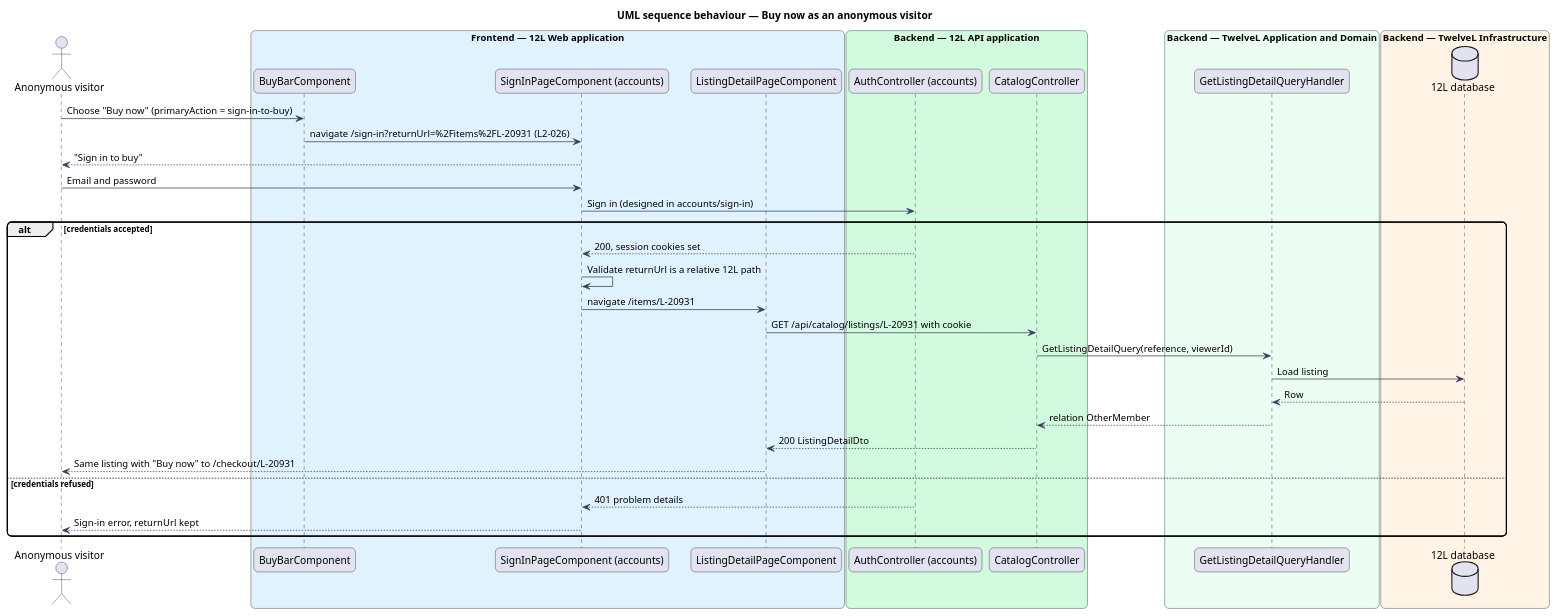
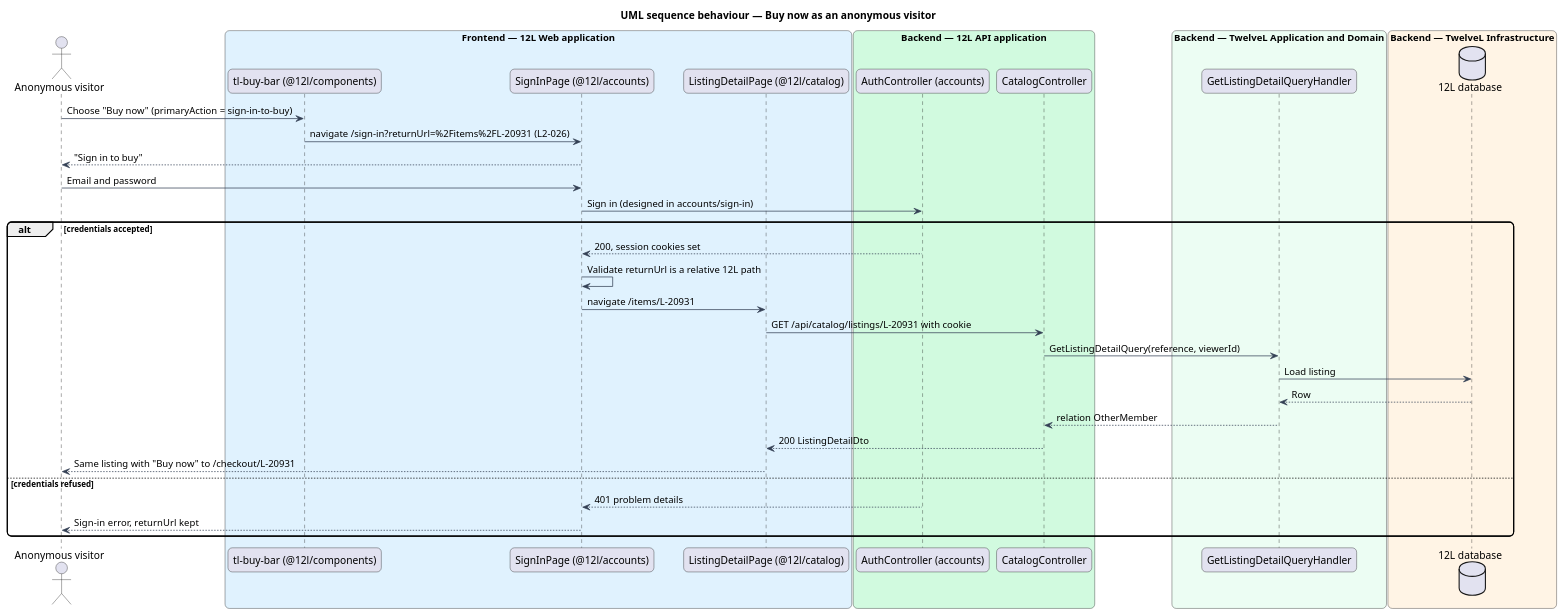
The diagram in docs/detailed-designs/catalog/view-listing-detail/diagrams/sequence-guest-buy-now.puml (QuinntyneBrown/12l), drawn with PlantUML before and after one commit. The commit also changed 57 other files, not shown here.

First line of the commit message:
Document view-listing-detail: design, ADR, design system, composition, L2, estimates

```diff
--- a/docs/detailed-designs/catalog/view-listing-detail/diagrams/sequence-guest-buy-now.puml
+++ b/docs/detailed-designs/catalog/view-listing-detail/diagrams/sequence-guest-buy-now.puml
@@ -1,44 +1,44 @@
 @startuml
 title UML sequence behaviour — Buy now as an anonymous visitor
 skinparam backgroundColor #FFFFFF
 skinparam shadowing false
 skinparam roundcorner 12
 skinparam defaultFontName Arial
 skinparam ArrowColor #344054
 actor "Anonymous visitor" as actor
 box "Frontend — 12L Web application" #E0F2FE
-  participant "BuyBarComponent" as bar
-  participant "SignInPageComponent (accounts)" as signin
-  participant "ListingDetailPageComponent" as page
+  participant "tl-buy-bar (@12l/components)" as bar
+  participant "SignInPage (@12l/accounts)" as signin
+  participant "ListingDetailPage (@12l/catalog)" as page
 end box
 box "Backend — 12L API application" #D1FADF
   participant "AuthController (accounts)" as auth
   participant "CatalogController" as controller
 end box
 box "Backend — TwelveL Application and Domain" #ECFDF3
   participant "GetListingDetailQueryHandler" as handler
 end box
 box "Backend — TwelveL Infrastructure" #FFF4E5
   database "12L database" as db
 end box
 actor -> bar : Choose "Buy now" (primaryAction = sign-in-to-buy)
 bar -> signin : navigate /sign-in?returnUrl=%2Fitems%2FL-20931 (L2-026)
 signin --> actor : "Sign in to buy"
 actor -> signin : Email and password
 signin -> auth : Sign in (designed in accounts/sign-in)
 alt credentials accepted
   auth --> signin : 200, session cookies set
   signin -> signin : Validate returnUrl is a relative 12L path
   signin -> page : navigate /items/L-20931
   page -> controller : GET /api/catalog/listings/L-20931 with cookie
   controller -> handler : GetListingDetailQuery(reference, viewerId)
   handler -> db : Load listing
   db --> handler : Row
   handler --> controller : relation OtherMember
   controller --> page : 200 ListingDetailDto
   page --> actor : Same listing with "Buy now" to /checkout/L-20931
 else credentials refused
   auth --> signin : 401 problem details
   signin --> actor : Sign-in error, returnUrl kept
 end
 @enduml
```
